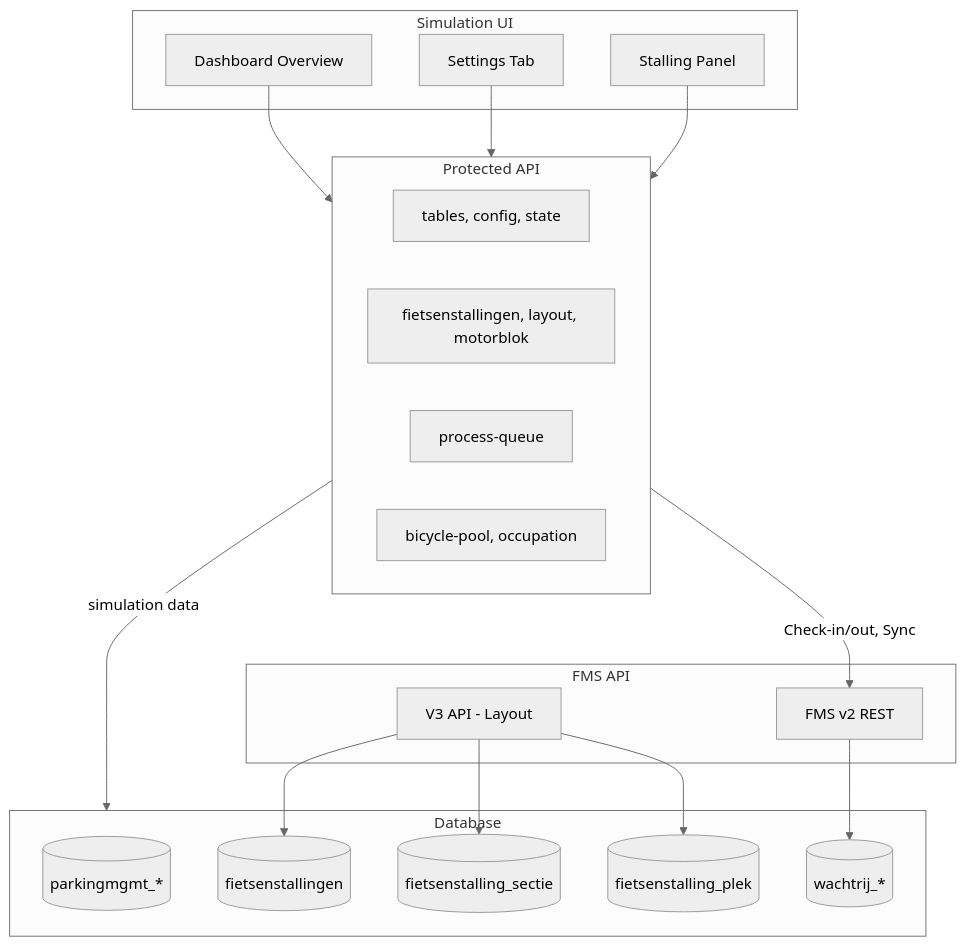
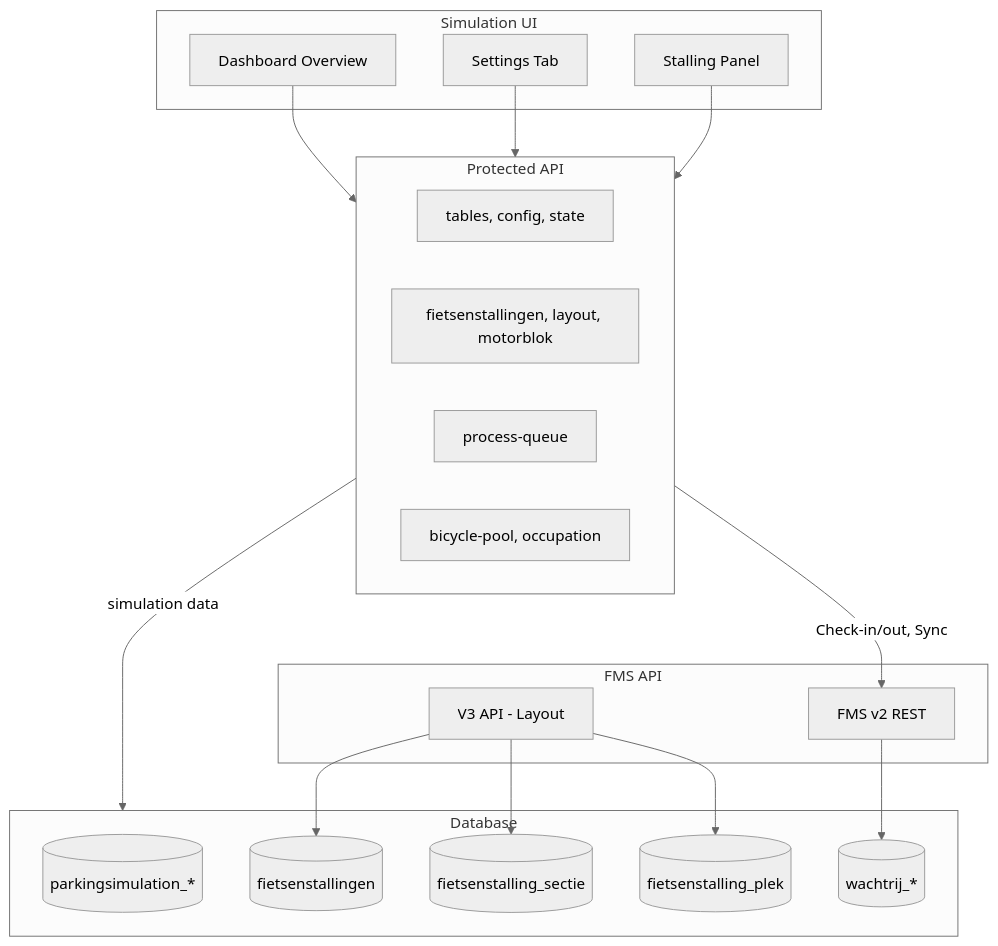
Before and after one commit to Stichting-CROW/fietsberaad-veiligstallen-app: the eighth of 8 diagrams in docs/analyse-motorblok/API_PORTING_PLAN.md, drawn with Mermaid (neutral theme). The commit also changed other lines of this file and 36 other files, not shown here.

````diff
--- a/docs/analyse-motorblok/API_PORTING_PLAN.md
+++ b/docs/analyse-motorblok/API_PORTING_PLAN.md
@@ -945,39 +946,39 @@
 ```mermaid
 flowchart TB
     subgraph UI [Simulation UI]
         Dashboard[Dashboard Overview]
         SettingsTab[Settings Tab]
         StallingPanel[Stalling Panel]
     end
 
     subgraph ProtectedAPI [Protected API]
         TablesAPI[tables, config, state]
         StallingsAPI[fietsenstallingen, layout, motorblok]
         ProcessQueue[process-queue]
         BicyclePool[bicycle-pool, occupation]
     end
 
     subgraph DB [Database]
-        ParkingMgmt[("parkingmgmt_*")]
+        Parkingsimulation[("parkingsimulation_*")]
         Fietsenstallingen[(fietsenstallingen)]
         Sectie[(fietsenstalling_sectie)]
         Plek[(fietsenstalling_plek)]
         Wachtrij[(wachtrij_*)]
     end
 
     subgraph FMS [FMS API]
         FMSv2[FMS v2 REST]
         V3API[V3 API - Layout]
     end
 
     Dashboard --> ProtectedAPI
     SettingsTab --> ProtectedAPI
     StallingPanel --> ProtectedAPI
 
     ProtectedAPI -->|simulation data| DB
     ProtectedAPI -->|"Check-in/out, Sync"| FMSv2
     FMSv2 --> Wachtrij
     V3API --> Fietsenstallingen
     V3API --> Sectie
     V3API --> Plek
 ```
````
